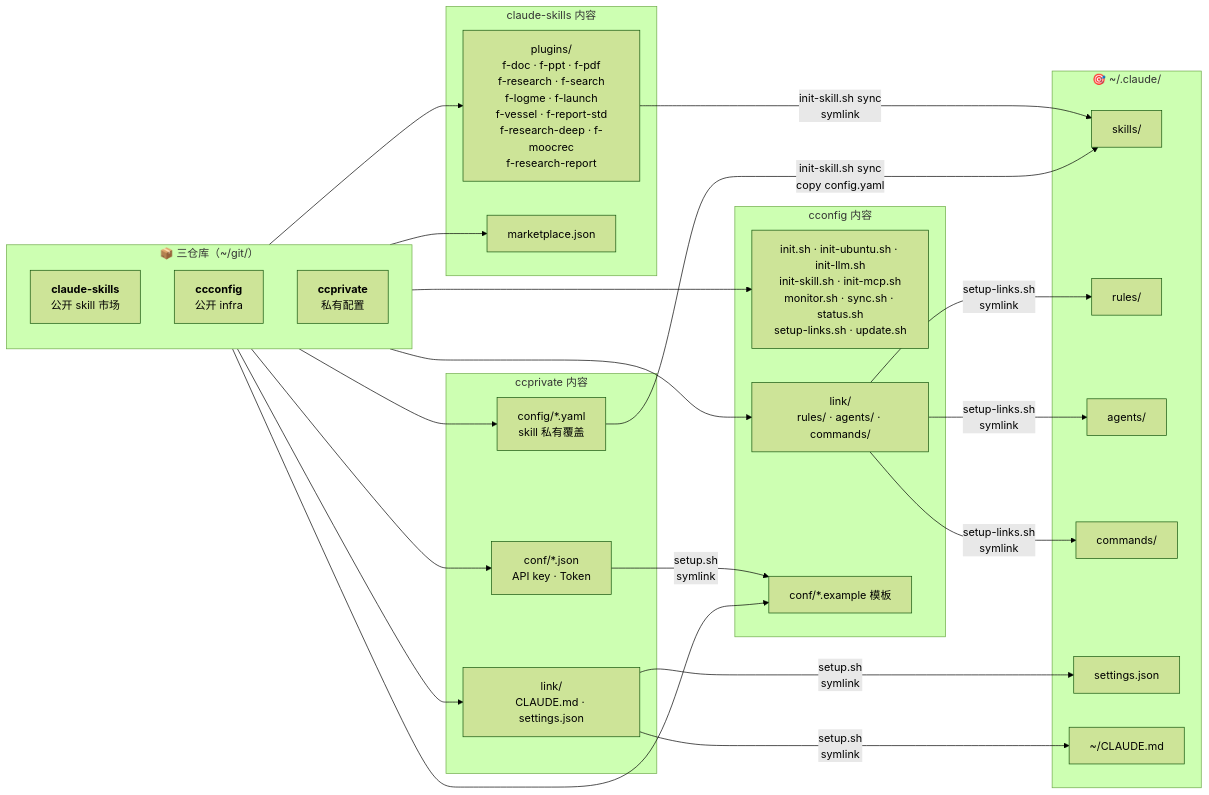
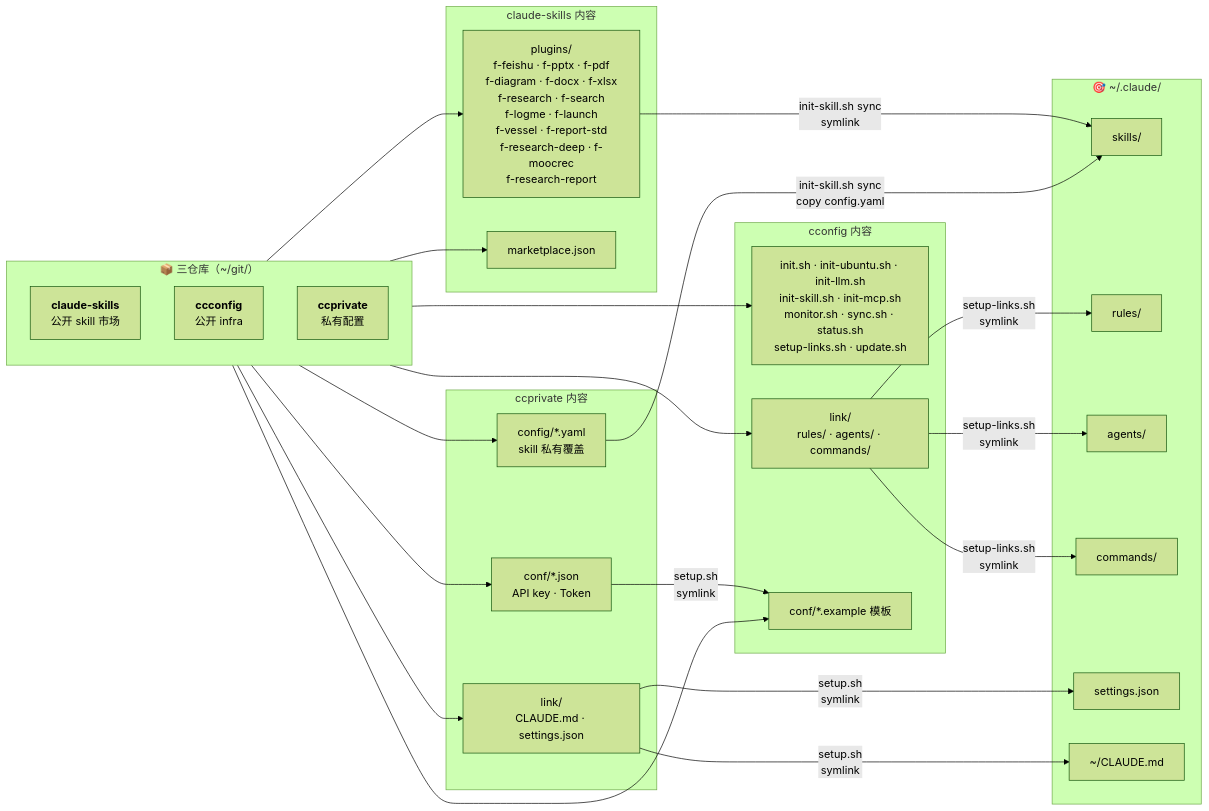
Before and after one commit to mengfanchun2017/ccconfig: the diagram in README.md, drawn with Mermaid (forest theme). The commit also changed other lines of this file and 17 other files, not shown here.

First line of the commit message:
refactor: f-doc→f-feishu, f-ppt→f-pptx 全部交叉引用更新

````diff
--- a/README.md
+++ b/README.md
@@ -39,53 +39,53 @@
 ```mermaid
 flowchart LR
   subgraph repos["📦 三仓库（~/git/）"]
     direction TB
     skills["<b>claude-skills</b><br/>公开 skill 市场"]
     ccconfig["<b>ccconfig</b><br/>公开 infra"]
     ccprivate["<b>ccprivate</b><br/>私有配置"]
   end
 
   subgraph skills_content["claude-skills 内容"]
-    plugins["plugins/<br/>f-doc · f-ppt · f-pdf<br/>f-research · f-search<br/>f-logme · f-launch<br/>f-vessel · f-report-std<br/>f-research-deep · f-moocrec<br/>f-research-report"]
+    plugins["plugins/<br/>f-feishu · f-pptx · f-pdf<br/>f-diagram · f-docx · f-xlsx<br/>f-research · f-search<br/>f-logme · f-launch<br/>f-vessel · f-report-std<br/>f-research-deep · f-moocrec<br/>f-research-report"]
     marketplace["marketplace.json"]
   end
 
   subgraph cc_content["cconfig 内容"]
     scripts["init.sh · init-ubuntu.sh · init-llm.sh<br/>init-skill.sh · init-mcp.sh<br/>monitor.sh · sync.sh · status.sh<br/>setup-links.sh · update.sh"]
     link["link/<br/>rules/ · agents/ · commands/"]
     conf["conf/*.example 模板"]
   end
 
   subgraph ccprivate_content["ccprivate 内容"]
     secrets["conf/*.json<br/>API key · Token"]
     personal["link/<br/>CLAUDE.md · settings.json"]
     overlay["config/*.yaml<br/>skill 私有覆盖"]
   end
 
   subgraph target["🎯 ~/.claude/"]
     skills_dir["skills/"]
     rules_dir["rules/"]
     agents_dir["agents/"]
     commands_dir["commands/"]
     settings["settings.json"]
     claude_md["~/CLAUDE.md"]
   end
 
   skills --> plugins
   skills --> marketplace
   ccconfig --> scripts
   ccconfig --> link
   ccconfig --> conf
   ccprivate --> secrets
   ccprivate --> personal
   ccprivate --> overlay
 
   plugins -- "init-skill.sh sync<br/>symlink" --> skills_dir
   overlay -- "init-skill.sh sync<br/>copy config.yaml" --> skills_dir
   link -- "setup-links.sh<br/>symlink" --> rules_dir
   link -- "setup-links.sh<br/>symlink" --> agents_dir
   link -- "setup-links.sh<br/>symlink" --> commands_dir
   personal -- "setup.sh<br/>symlink" --> settings
   personal -- "setup.sh<br/>symlink" --> claude_md
   secrets -- "setup.sh<br/>symlink" --> conf
 ```
````
